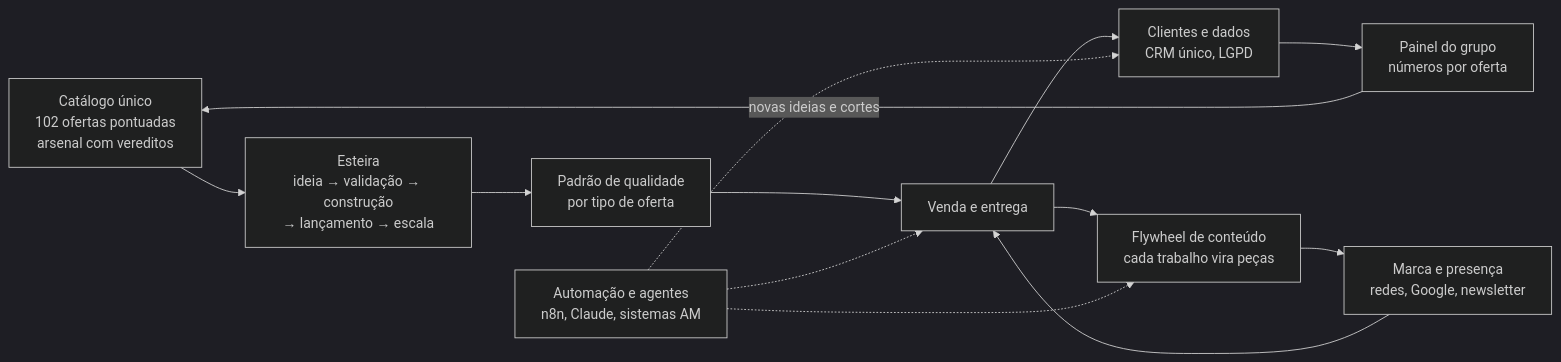
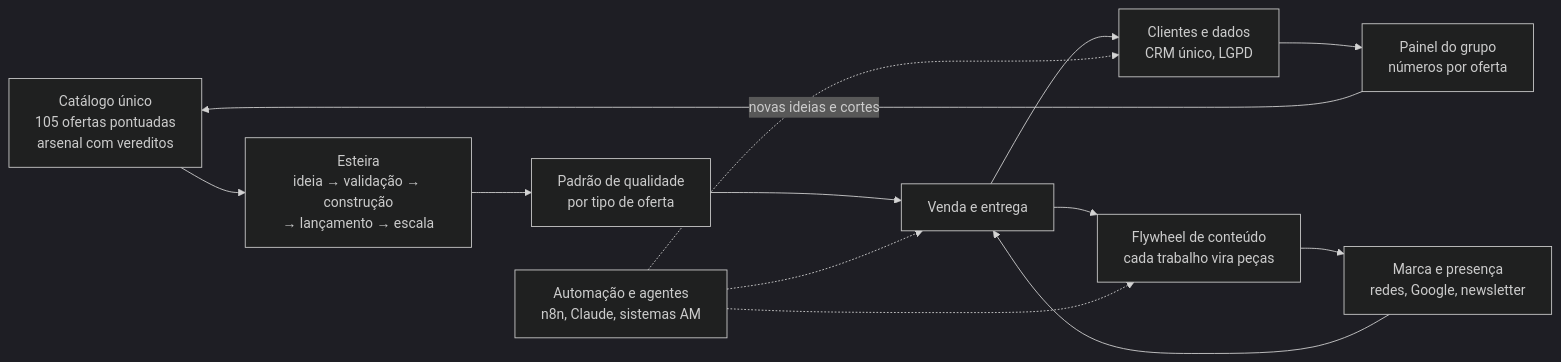
The diagram in docs/operacao/README.md (AlanMateus17/dev-setup), drawn with Mermaid (dark theme) before and after one commit. The commit also changed 50 other files, not shown here.

````diff
--- a/docs/operacao/README.md
+++ b/docs/operacao/README.md
@@ -11,15 +11,15 @@
 ```mermaid
 flowchart LR
-  C["Catálogo único<br/>102 ofertas pontuadas<br/>arsenal com vereditos"] --> E["Esteira<br/>ideia → validação → construção<br/>→ lançamento → escala"]
+  C["Catálogo único<br/>105 ofertas pontuadas<br/>arsenal com vereditos"] --> E["Esteira<br/>ideia → validação → construção<br/>→ lançamento → escala"]
   E --> Q["Padrão de qualidade<br/>por tipo de oferta"]
   Q --> V["Venda e entrega"]
   V --> D["Clientes e dados<br/>CRM único, LGPD"]
   V --> F["Flywheel de conteúdo<br/>cada trabalho vira peças"]
   F --> M["Marca e presença<br/>redes, Google, newsletter"]
   M --> V
   D --> P["Painel do grupo<br/>números por oferta"]
   P -->|"novas ideias e cortes"| C
   A["Automação e agentes<br/>n8n, Claude, sistemas AM"] -.-> V
   A -.-> F
   A -.-> D
 ```
````
